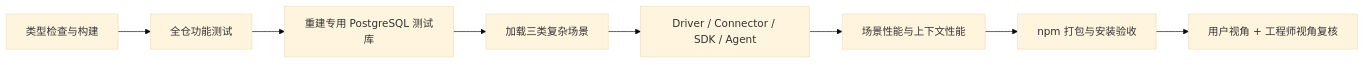
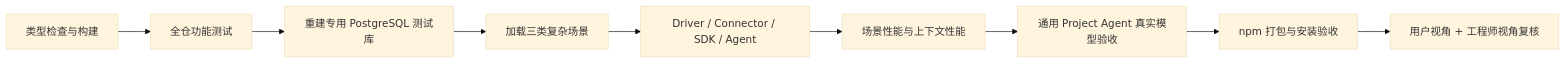
One commit to SylvanasW1ndrunner/Nexus changed the diagram in docs/test-pipeline.md. Above: the diagram before and after it, drawn with Mermaid (base theme). The commit also changed other lines of this file and 122 other files, not shown here.

First line of the commit message:
feat(agent): establish general runtime foundation

````diff
--- a/docs/test-pipeline.md
+++ b/docs/test-pipeline.md
@@ -14,10 +15,11 @@
 ```mermaid
 flowchart LR
     Build["类型检查与构建"] --> Unit["全仓功能测试"]
     Unit --> Prepare["重建专用 PostgreSQL 测试库"]
     Prepare --> Fixtures["加载三类复杂场景"]
     Fixtures --> DbTests["Driver / Connector / SDK / Agent"]
     DbTests --> Perf["场景性能与上下文性能"]
-    Perf --> Package["npm 打包与安装验收"]
+    Perf --> General["通用 Project Agent 真实模型验收"]
+    General --> Package["npm 打包与安装验收"]
     Package --> Review["用户视角 + 工程师视角复核"]
 ```
````
